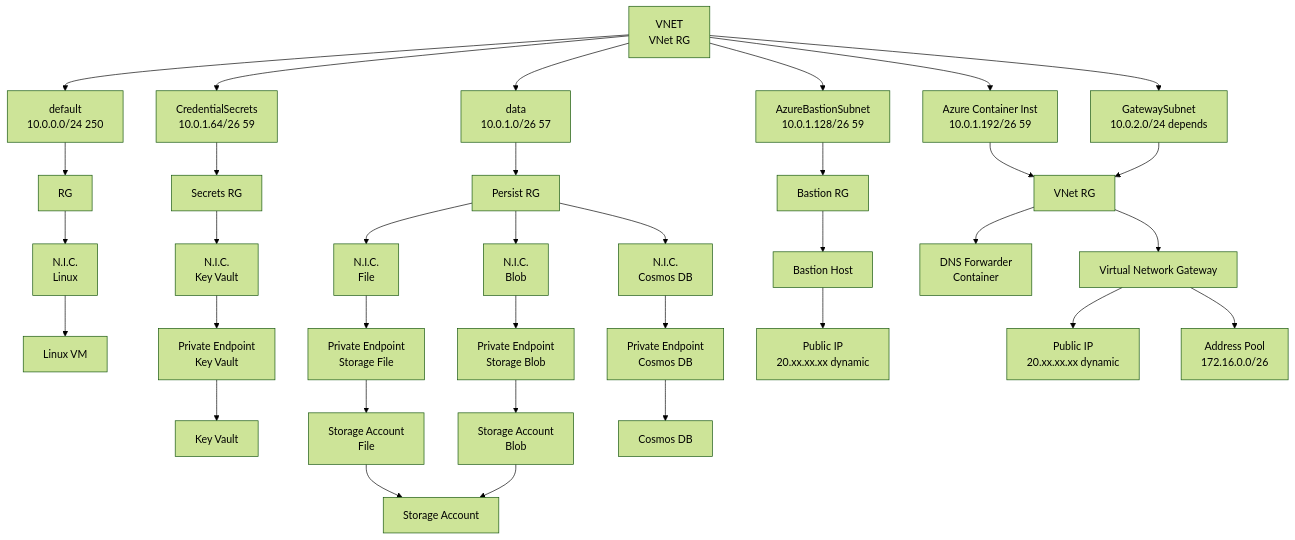
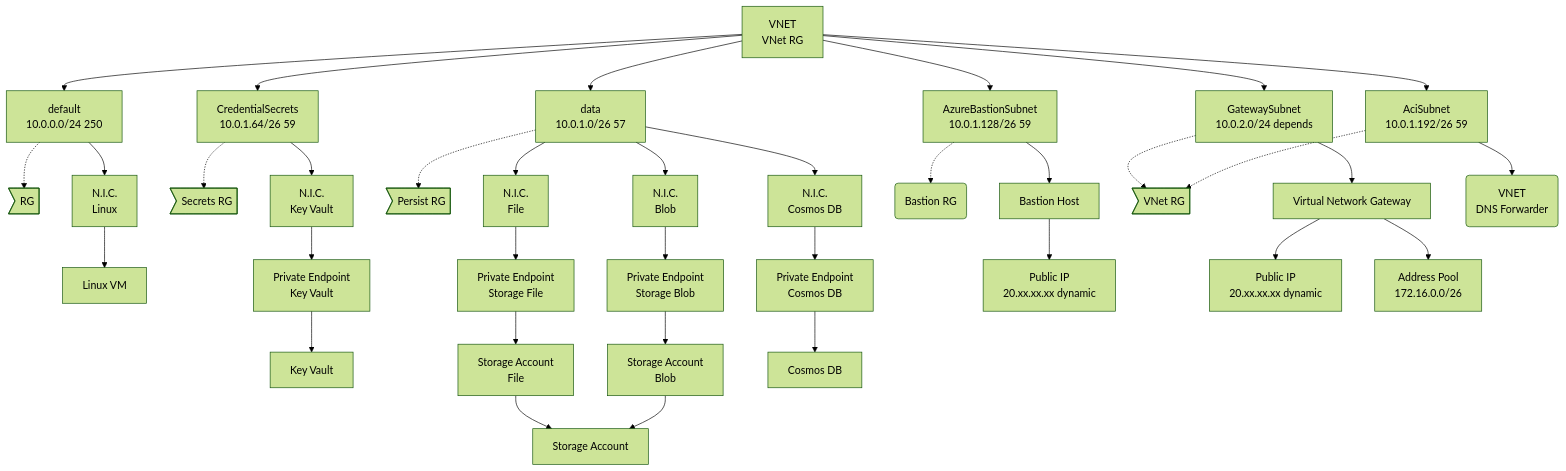
One commit to freemansoft/vnet-p2s-vpn-bastion-azure changed the first of 2 diagrams in README.md. Above: the diagram before and after it, drawn with Mermaid (forest theme).

Commit message:
Still playing with formatting

````diff
--- a/README.md
+++ b/README.md
@@ -73,53 +73,54 @@
 ```mermaid
 flowchart TD
     A[VNET<br/> VNet RG]
     A --> SubDef[default <br/>10.0.0.0/24 250]
     A --> SubData[data <br/>10.0.1.0/26 57]
     A --> SubCred[CredentialSecrets <br/>10.0.1.64/26 59]
     A --> SubBast[AzureBastionSubnet <br/>10.0.1.128/26 59]
-    A --> SubAci[Azure Container Inst <br/>10.0.1.192/26 59]
+    A --> SubAci[AciSubnet <br/>10.0.1.192/26 59]
     A --> SubVng[GatewaySubnet <br/>10.0.2.0/24  depends]
 
-    SubDef --> SubDefRg[RG]
-    SubDefRg --> NicVM[N.I.C.<br/>Linux]
+    SubDef -.-> SubDefRg>RG]
+    SubDef --> NicVM[N.I.C.<br/>Linux]
     NicVM --> VM[Linux VM]
 
-    SubCred --> SubCredRg[Secrets RG]
-    SubCredRg --> NicKeyVault[N.I.C.<br/>Key Vault]
+    SubCred -.-> SubCredRg>Secrets RG]
+    SubCred --> NicKeyVault[N.I.C.<br/>Key Vault]
     NicKeyVault --> PleKV[Private Endpoint<br/>Key Vault]
     PleKV --> KeyVault[Key Vault]
     
     StorAct[Storage Account]
     StorFile[Storage Account<br/>File]
     StorBlob[Storage Account<br/>Blob] 
 
     CosmosDB[Cosmos DB]
 
-    SubData --> SubPersistRg[Persist RG]
+    SubData -.-> SubPersistRg>Persist RG]
     
-    SubPersistRg --> NicStorFile[N.I.C.<br/>File]
+    SubData --> NicStorFile[N.I.C.<br/>File]
     NicStorFile --> PleFile[Private Endpoint<br/>Storage File]
     PleFile --> StorFile
     StorFile --> StorAct
 
-    SubPersistRg --> NicStorBlob[N.I.C.<br/>Blob]
+    SubData --> NicStorBlob[N.I.C.<br/>Blob]
     NicStorBlob --> PleBlob[Private Endpoint<br/>Storage Blob]
     PleBlob --> StorBlob
     StorBlob --> StorAct
 
-    SubPersistRg --> NicCosmos[N.I.C.<br/> Cosmos DB]
+    SubData --> NicCosmos[N.I.C.<br/> Cosmos DB]
     NicCosmos --> PleCosmos[Private Endpoint<br/>Cosmos DB]
     PleCosmos --> CosmosDB
 
-    SubBast --> SubBastRg[Bastion RG]
-    SubBastRg --> Bastion[Bastion Host]
+    SubBast -.-> SubBastRg(Bastion RG)
+    SubBast --> Bastion[Bastion Host]
     Bastion --> PubaAst[Public IP<br>20.xx.xx.xx dynamic]
 
-    SubAci --> SubVngRg[VNet RG]
-    SubVngRg --> ACIDNS[DNS Forwarder<br/>Container]
-
-    SubVng --> SubVngRg[VNet RG]
-    SubVngRg --> VNG[Virtual Network Gateway]
+    SubVng -.-> SubVngRg>VNet RG]
+    SubVng --> VNG[Virtual Network Gateway]
     VNG --> PubVNG[Public IP<br>20.xx.xx.xx dynamic]
     VNG --> PoolVNG[Address Pool<br>172.16.0.0/26]
+
+    SubAci -.-> SubVngRg>VNet RG]
+    SubAci --> AciDns(VNET<br/>DNS Forwarder)
+
 ```
````
